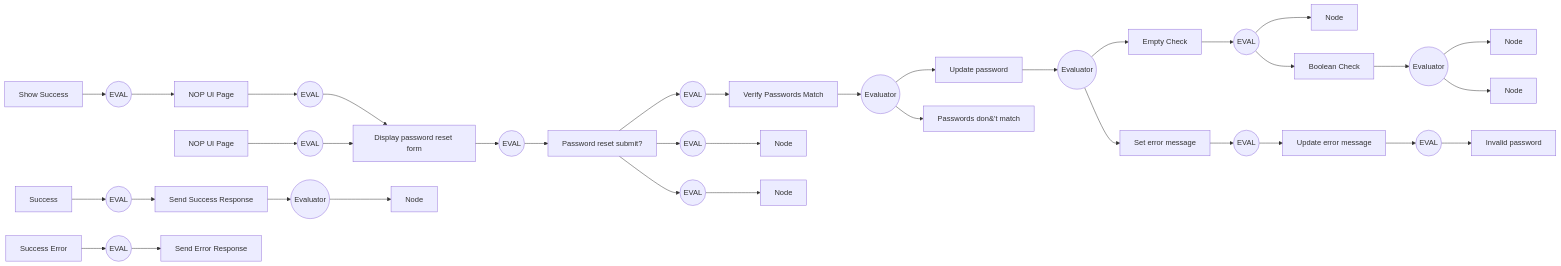
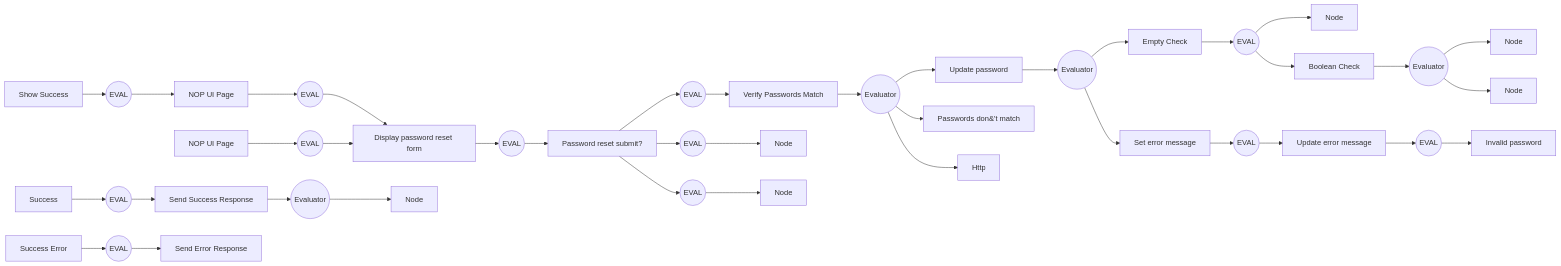
The diagram in t1/CIAMPasswordlessProtectChangePasswordSubflow/index.md (samir-gandhi/pingdocs-demo), drawn with Mermaid before and after one commit. The commit also changed 3 other files, not shown here.

Commit message:
generated docs off new flow

````diff
--- a/t1/CIAMPasswordlessProtectChangePasswordSubflow/index.md
+++ b/t1/CIAMPasswordlessProtectChangePasswordSubflow/index.md
@@ -39,6 +39,7 @@
     okw0g6i84d["Update error message"] --> um3lcpaulo(("EVAL"))
     rysh2x3iz2["Set error message"] --> ym31re8b7g(("EVAL"))
     ateb0l10nl(("Evaluator")) --> rysh2x3iz2["Set error message"]
+    6oeo7c9bch(("Evaluator")) --> t0vllny9q["Http"]
 
     click v738ey1b5y "vscode://file/./nodes/v738ey1b5y.md" _parent
     click xo4l1ngx8q "vscode://file/./nodes/xo4l1ngx8q.md" _parent
@@ -112,4 +113,6 @@
     click ym31re8b7g "vscode://file/./nodes/ym31re8b7g.md" _parent
     click ateb0l10nl "vscode://file/./nodes/ateb0l10nl.md" _parent
     click rysh2x3iz2 "vscode://file/./nodes/rysh2x3iz2.md" _parent
+    click 6oeo7c9bch "vscode://file/./nodes/6oeo7c9bch.md" _parent
+    click t0vllny9q "vscode://file/./nodes/t0vllny9q.md" _parent
 ```
````
